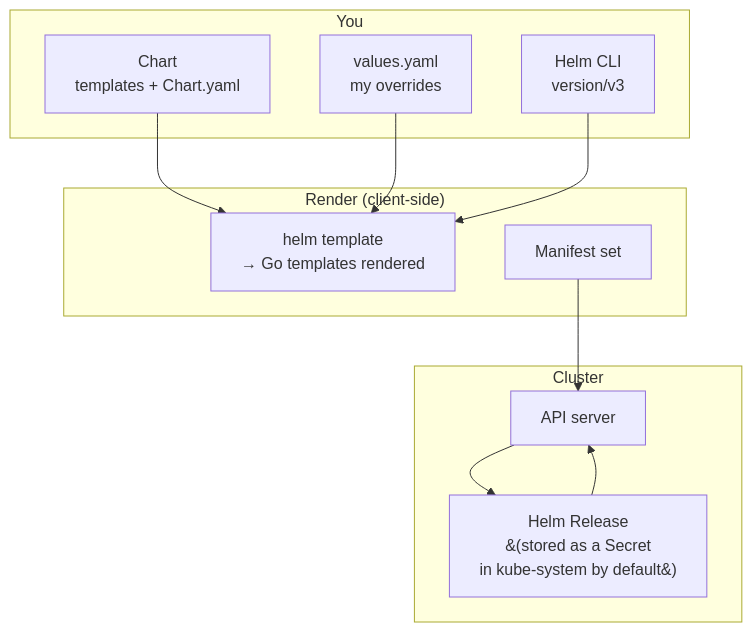
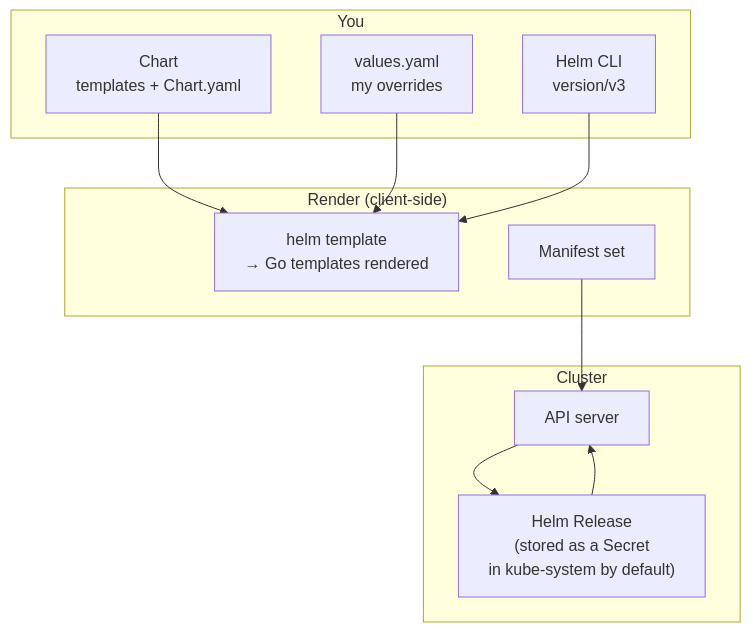
One commit to WhoisMonesh/K8S-Everything changed the diagram in 10-package-management/helm.md. Above: the diagram before and after it, drawn with Mermaid. The commit also changed 15 other files, not shown here.

First line of the commit message:
Fix Mermaid parentheses syntax - use quoted labels

````diff
--- a/10-package-management/helm.md
+++ b/10-package-management/helm.md
@@ -18,21 +18,21 @@
 ```mermaid
 graph TD
     subgraph "You"
         H[Helm CLI<br/>version/v3]
         V[values.yaml<br/>my overrides]
         C[Chart<br/>templates + Chart.yaml]
     end
     subgraph "Render (client-side)"
         T[helm template<br/>→ Go templates rendered]
         M[Manifest set]
     end
     subgraph "Cluster"
-        R[Helm Release<br/>&#40;stored as a Secret<br/>in kube-system by default&#41;] --> K8s
+        R["Helm Release<br/>(stored as a Secret<br/>in kube-system by default)"] --> K8s
         K8s[API server]
     end
     C --> T
     V --> T
     H --> T
     M --> K8s
     K8s --> R
 ```
````
